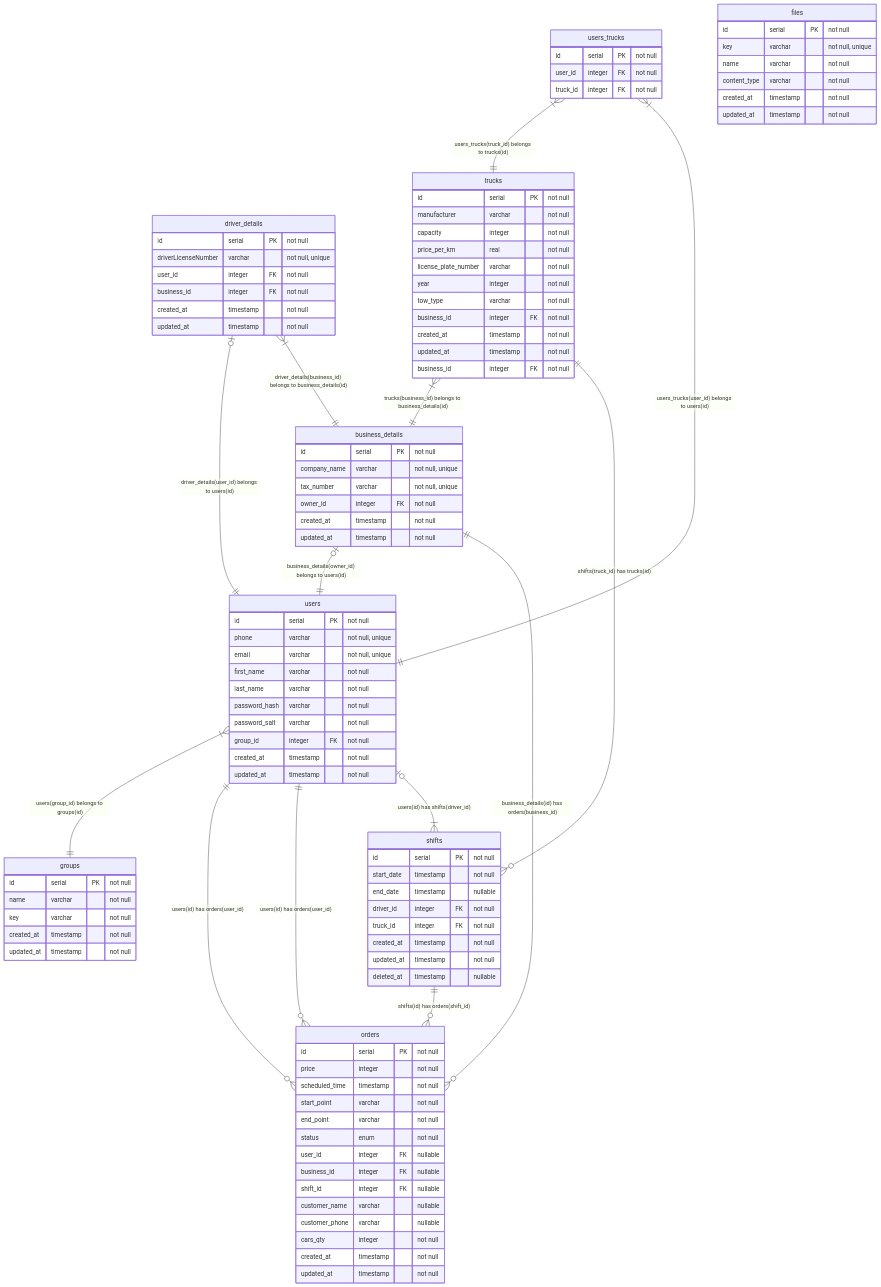
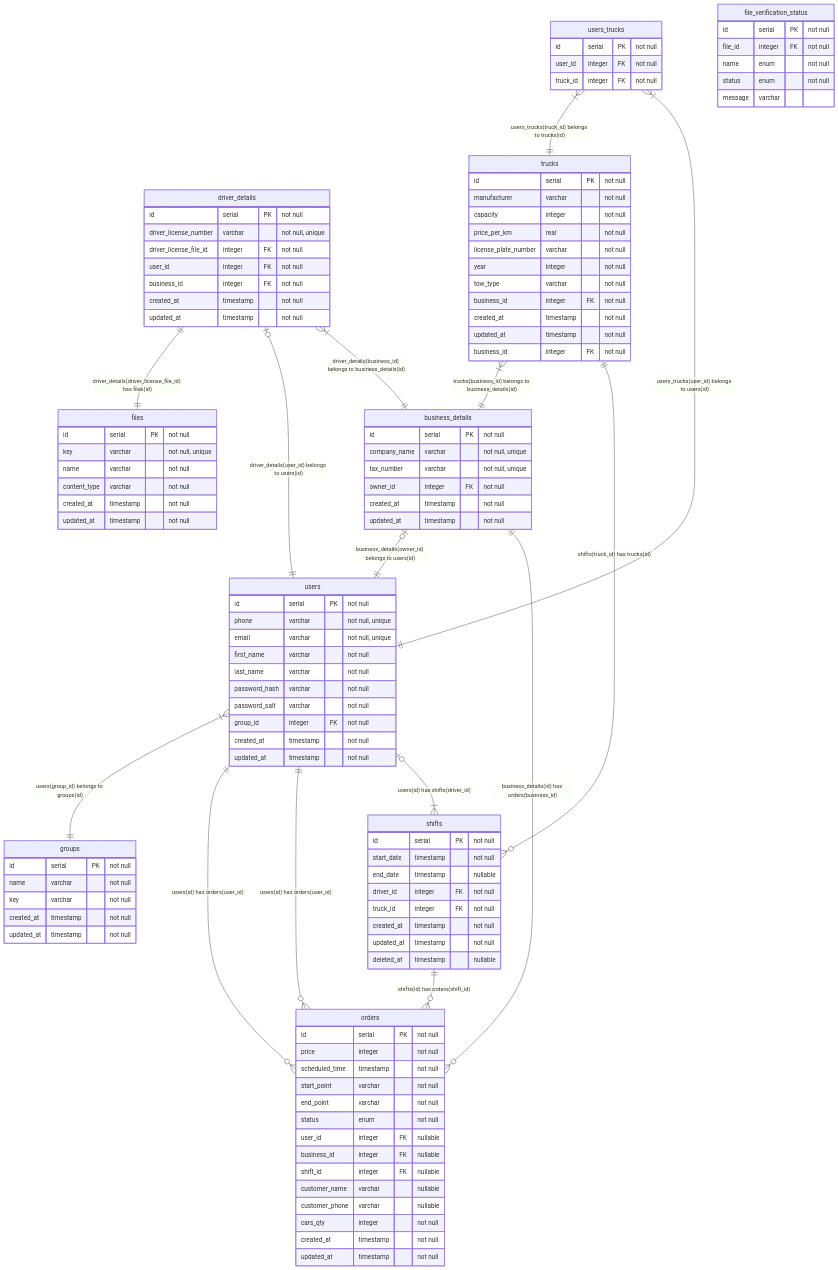
One commit to BinaryStudioAcademy/bsa-2023-towhub changed the diagram in readme.md. Above: the diagram before and after it, drawn with Mermaid. The commit also changed 173 other files, not shown here.

First line of the commit message:
th-248: Upload driver license (#376)

```diff
--- a/readme.md
+++ b/readme.md
@@ -67,7 +67,8 @@
     }
     driver_details {
         id serial PK "not null"
-        driverLicenseNumber varchar "not null, unique"
+        driver_license_number varchar "not null, unique"
+        driver_license_file_id integer FK "not null"
         user_id integer FK "not null"
         business_id integer FK "not null"
         created_at timestamp "not null"
@@ -123,6 +124,13 @@
       created_at timestamp "not null"
       updated_at timestamp "not null"
     }
+    file_verification_status {
+        id serial PK "not null"
+        file_id integer FK "not null"
+        name enum "not null"
+        status enum "not null"
+        message varchar
+    }
     shifts {
         id serial PK "not null"
         start_date timestamp "not null"
@@ -137,6 +145,7 @@
     users_trucks one or many -- one users: "users_trucks(user_id) belongs to users(id)"
     users one or many -- one groups: "users(group_id) belongs to groups(id)"
     business_details zero or one -- one users: "business_details(owner_id) belongs to users(id)"
+    driver_details one -- one files: "driver_details(driver_license_file_id) has files(id)"
     driver_details zero or one -- one users: "driver_details(user_id) belongs to users(id)"
     trucks one or many -- one business_details: "trucks(business_id) belongs to business_details(id)"
     driver_details one or many -- one business_details: "driver_details(business_id) belongs to business_details(id)"
```
